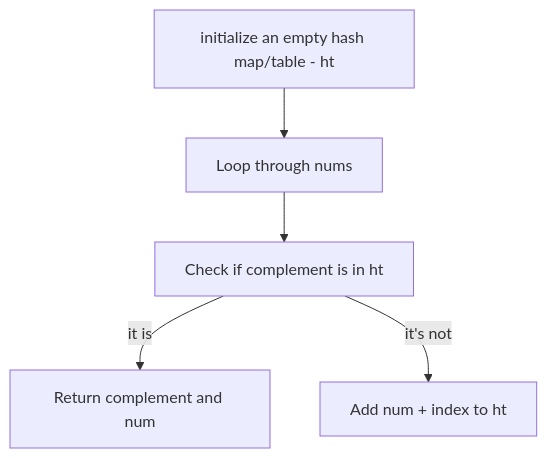
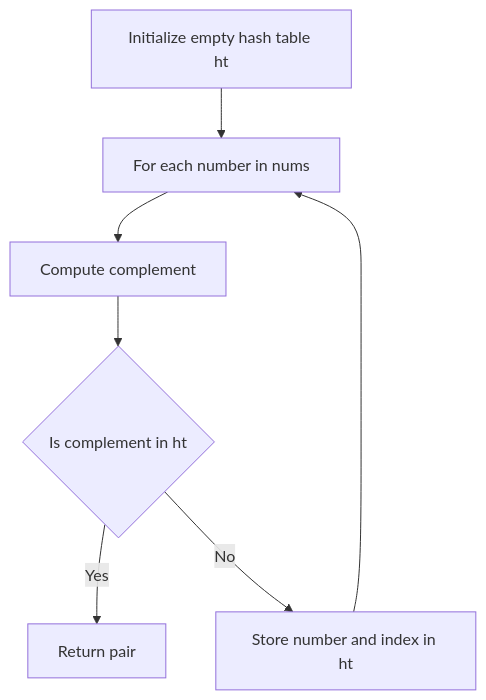
One commit to DeborahHier/leetcode_visualizer changed the diagram in docs/hashmaps.md. Above: the diagram before and after it, drawn with Mermaid. The commit also changed 2 other files, not shown here.

Commit message:
add sliding window docs

````diff
--- a/docs/hashmaps.md
+++ b/docs/hashmaps.md
@@ -16,7 +15,11 @@
 ```mermaid
 flowchart TD
-    D[initialize an empty hash map/table - ht]-->E[Loop through nums]
-    E[Loop through nums]-->A[Check if complement is in ht]
-    A[Check if complement is in ht]-->|it is| B[Return complement and num]
-    A[Check if complement is in ht]-->|it's not| C[Add num + index to ht]
+    D[Initialize empty hash table ht]
+    D --> E[For each number in nums]
+    E --> A[Compute complement]
+    A --> H{Is complement in ht}
+    H -->|Yes| B[Return pair]
+    H -->|No| C[Store number and index in ht]
+    C --> E
+
 ```
````
